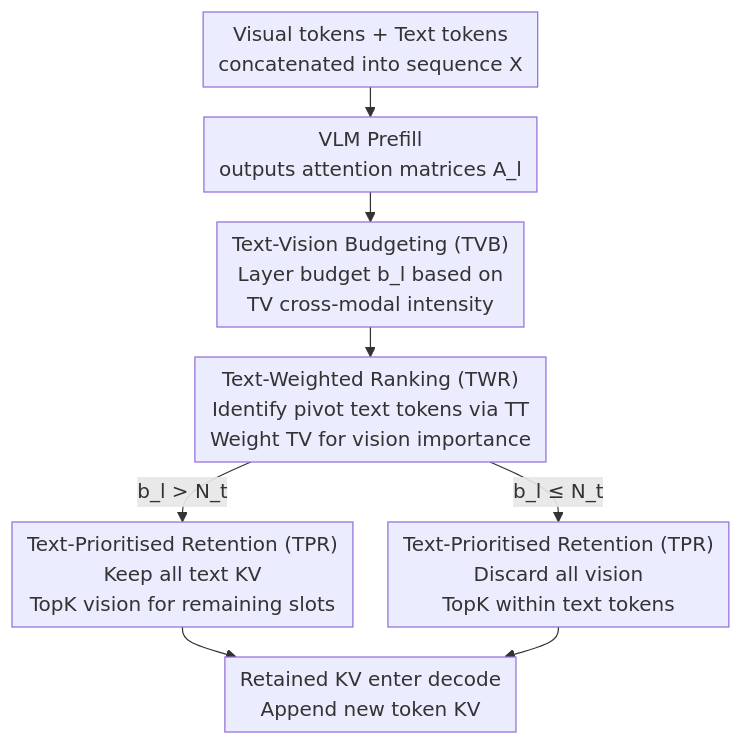
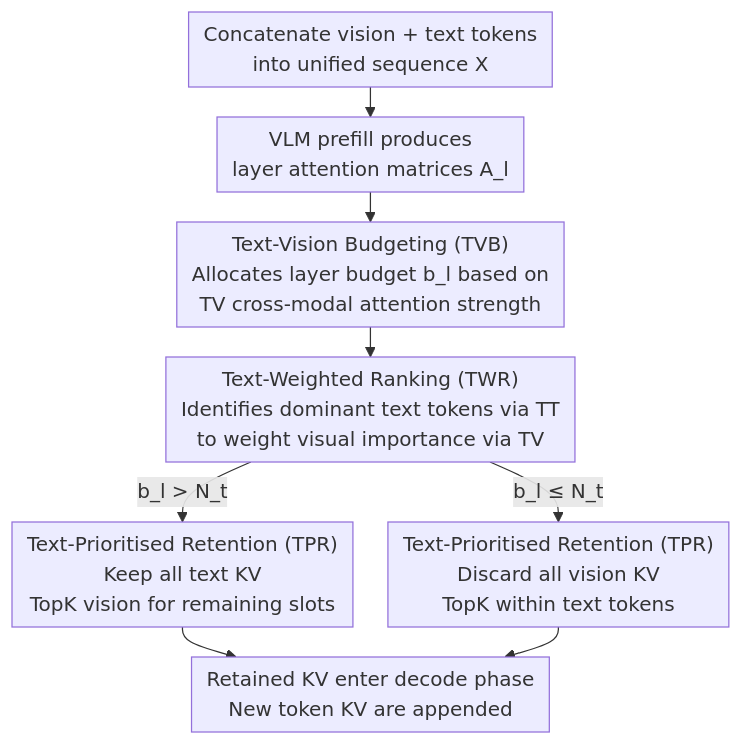
Before and after one commit to zhaoyang97/Paper-Notes-en: the diagram in docs/ICML2026/multimodal_vlm/tgv-kv_text-grounded_kv_eviction_for_vision-language_models.md, drawn with Mermaid. The commit also changed other lines of this file and 5084 other files, not shown here.

````diff
--- a/docs/ICML2026/multimodal_vlm/tgv-kv_text-grounded_kv_eviction_for_vision-language_models.md
+++ b/docs/ICML2026/multimodal_vlm/tgv-kv_text-grounded_kv_eviction_for_vision-language_models.md
@@ -43,11 +43,11 @@
 ```mermaid
 %%{init: {'flowchart': {'rankSpacing': 24, 'nodeSpacing': 28, 'padding': 6, 'wrappingWidth': 400}}}%%
 flowchart TD
-    A["Visual tokens + Text tokens<br/>concatenated into sequence X"] --> B["VLM Prefill<br/>outputs attention matrices A_l"]
-    B --> C["Text-Vision Budgeting (TVB)<br/>Layer budget b_l based on<br/>TV cross-modal intensity"]
-    C --> D["Text-Weighted Ranking (TWR)<br/>Identify pivot text tokens via TT<br/>Weight TV for vision importance"]
+    A["Concatenate vision + text tokens<br/>into unified sequence X"] --> B["VLM prefill produces<br/>layer attention matrices A_l"]
+    B --> C["Text-Vision Budgeting (TVB)<br/>Allocates layer budget b_l based on<br/>TV cross-modal attention strength"]
+    C --> D["Text-Weighted Ranking (TWR)<br/>Identifies dominant text tokens via TT<br/>to weight visual importance via TV"]
     D -->|"b_l > N_t"| E["Text-Prioritised Retention (TPR)<br/>Keep all text KV<br/>TopK vision for remaining slots"]
-    D -->|"b_l ≤ N_t"| F["Text-Prioritised Retention (TPR)<br/>Discard all vision<br/>TopK within text tokens"]
-    E --> G["Retained KV enter decode<br/>Append new token KV"]
+    D -->|"b_l ≤ N_t"| F["Text-Prioritised Retention (TPR)<br/>Discard all vision KV<br/>TopK within text tokens"]
+    E --> G["Retained KV enter decode phase<br/>New token KV are appended"]
     F --> G
 ```
````
